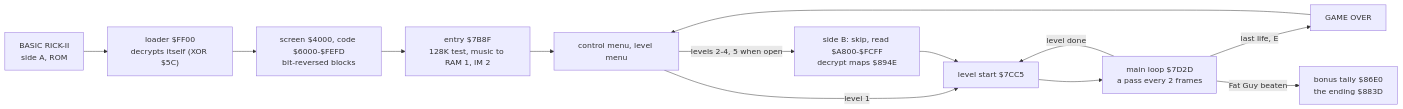
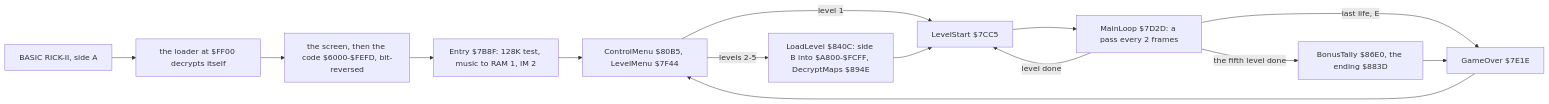
Before and after one commit to alfishe/unrealng-reverse-cases: the first of 2 diagrams in games/rick-dangerous-2/docs/02-architecture.md, drawn with Mermaid. The commit also changed other lines of this file and 148 other files, not shown here.

````diff
--- a/games/rick-dangerous-2/docs/02-architecture.md
+++ b/games/rick-dangerous-2/docs/02-architecture.md
@@ -11,14 +25,16 @@
 ```mermaid
 flowchart LR
-  A["BASIC RICK-II<br/>side A, ROM"] --> B["loader $FF00<br/>decrypts itself (XOR $5C)"]
-  B --> C["screen $4000, code $6000-$FEFD<br/>bit-reversed blocks"]
-  C --> D["entry $7B8F<br/>128K test, music to RAM 1, IM 2"]
-  D --> E["control menu, level menu"]
-  E -->|level 1| G["level start $7CC5"]
-  E -->|levels 2-4, 5 when open| F["side B: skip, read $A800-$FCFF<br/>decrypt maps $894E"]
+  A["BASIC RICK-II, side A"] --> B["the loader at $FF00 decrypts itself"]
+  B --> C["the screen, then the code $6000-$FEFD, bit-reversed"]
+  C --> D["Entry $7B8F: 128K test, music to RAM 1, IM 2"]
+  D --> E["ControlMenu $80B5, LevelMenu $7F44"]
+  E -->|"level 1"| G["LevelStart $7CC5"]
+  E -->|"levels 2-5"| F["LoadLevel $840C: side B into $A800-$FCFF, DecryptMaps $894E"]
   F --> G
-  G --> H["main loop $7D2D<br/>a pass every 2 frames"]
-  H -->|level done| G
-  H -->|last life, E| I["GAME OVER"] --> E
-  H -->|Fat Guy beaten| J["bonus tally $86E0<br/>the ending $883D"]
+  G --> H["MainLoop $7D2D: a pass every 2 frames"]
+  H -->|"level done"| G
+  H -->|"last life, E"| I["GameOver $7E1E"]
+  I --> E
+  H -->|"the fifth level done"| J["BonusTally $86E0, the ending $883D"]
+  J --> I
 ```
````
